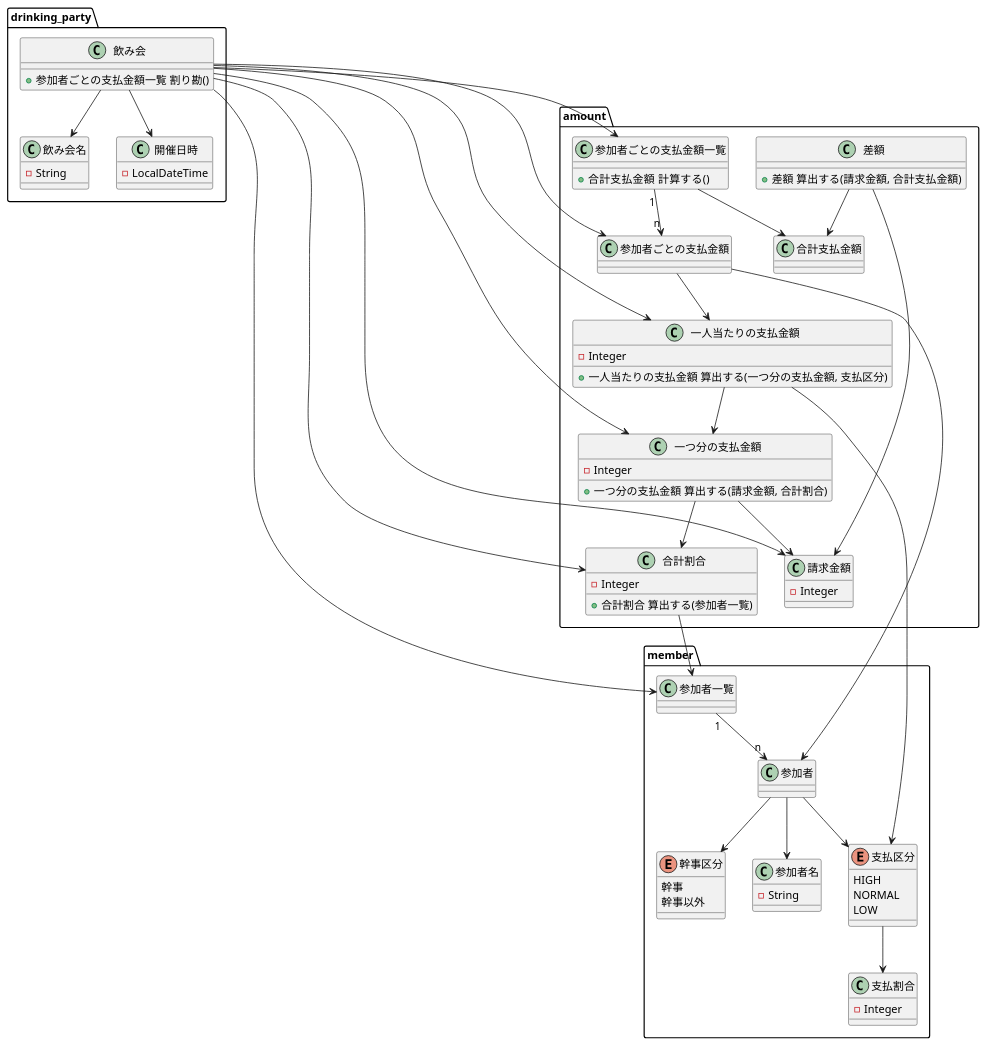
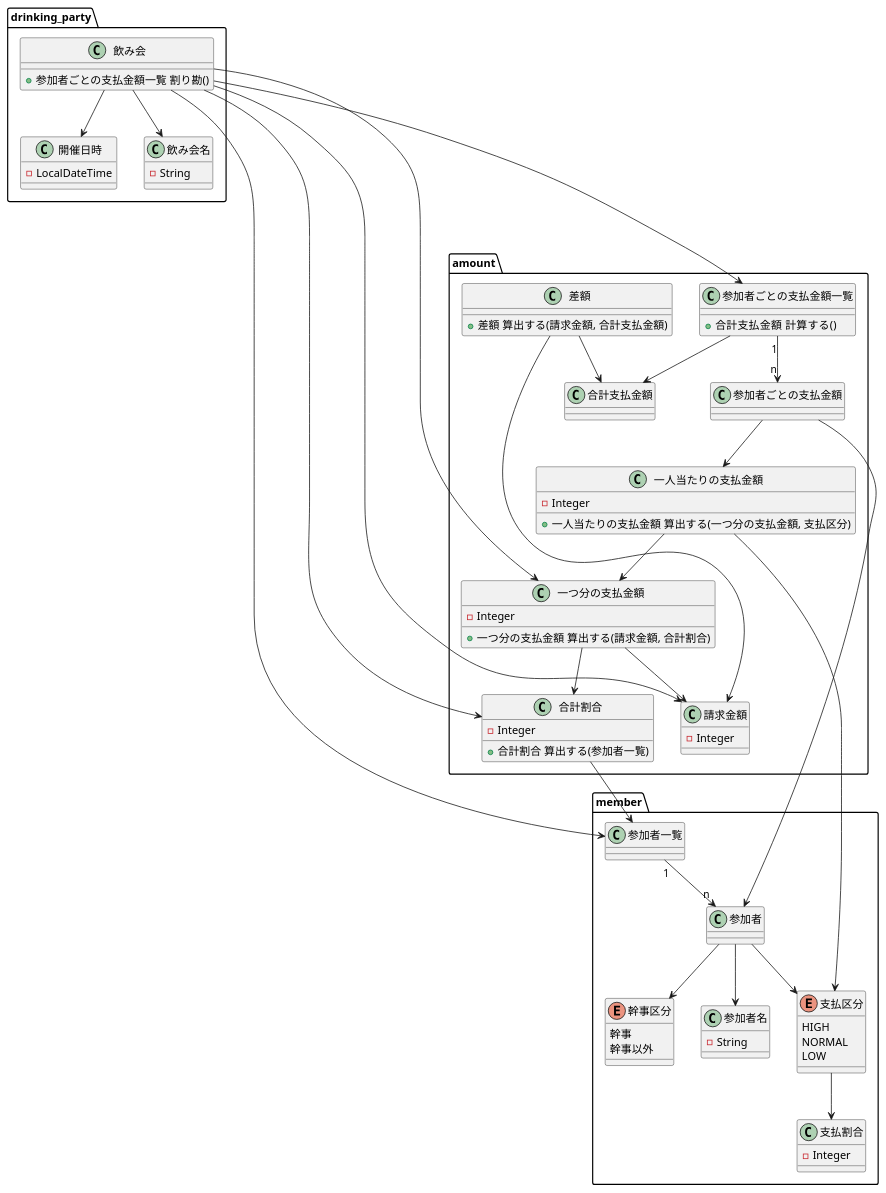
Before and after one commit to mmm00mmm/ddd-warikan: the diagram in doc/モデル３.puml, drawn with PlantUML.

Commit message:
モデル修正

```diff
--- a/doc/モデル３.puml
+++ b/doc/モデル３.puml
@@ -1,93 +1,91 @@
 @startuml
 
 package drinking_party {
     class 飲み会 {
         + 参加者ごとの支払金額一覧 割り勘()
     }
     class 飲み会名 {
         - String
     }
     class 開催日時 {
         - LocalDateTime
     }
 
     飲み会 --> 飲み会名
     飲み会 --> 開催日時
 }
 
 package member {
     class 参加者名 {
         - String
     }
     enum 幹事区分 {
         幹事
         幹事以外
     }
     enum 支払区分 {
         HIGH
         NORMAL
         LOW
     }
     class 支払割合 {
         - Integer
     }
 
     参加者一覧 "1" --> "n" 参加者
     参加者 --> 参加者名
     参加者 --> 幹事区分
     参加者 --> 支払区分
     支払区分 --> 支払割合
 }
 
 package amount {
     class 請求金額 {
         - Integer
     }
     class 一つ分の支払金額 {
         - Integer
         + 一つ分の支払金額 算出する(請求金額, 合計割合)
     }
     class 一人当たりの支払金額 {
         - Integer
         + 一人当たりの支払金額 算出する(一つ分の支払金額, 支払区分)
     }
     class 合計割合 {
         - Integer
         + 合計割合 算出する(参加者一覧)
     }
     class 参加者ごとの支払金額 {
     }
     class 参加者ごとの支払金額一覧 {
         + 合計支払金額  計算する()
     }
     class 合計支払金額 {
     }
     class 差額 {
         + 差額 算出する(請求金額, 合計支払金額)
     }
 
     一つ分の支払金額 --> 請求金額
     参加者ごとの支払金額 --> 一人当たりの支払金額
     参加者ごとの支払金額一覧 "1" --> "n" 参加者ごとの支払金額
     参加者ごとの支払金額一覧 --> 合計支払金額
     差額 --> 請求金額
     差額 --> 合計支払金額
 }
 
+飲み会 --> 請求金額
+飲み会 --> 一つ分の支払金額
+飲み会 ----> 参加者ごとの支払金額一覧
+飲み会 --> 合計割合
 飲み会 --> 参加者一覧
-飲み会 --> 請求金額
-飲み会 --> 参加者ごとの支払金額一覧
-飲み会 --> 一つ分の支払金額
-飲み会 --> 一人当たりの支払金額
-飲み会 --> 参加者ごとの支払金額
-飲み会 --> 合計割合
 
 一つ分の支払金額 --> 合計割合
 合計割合 --> 参加者一覧
 
 一人当たりの支払金額 --> 一つ分の支払金額
 一人当たりの支払金額 --> 支払区分
 
 参加者ごとの支払金額 --> 参加者
 
 @enduml
```
